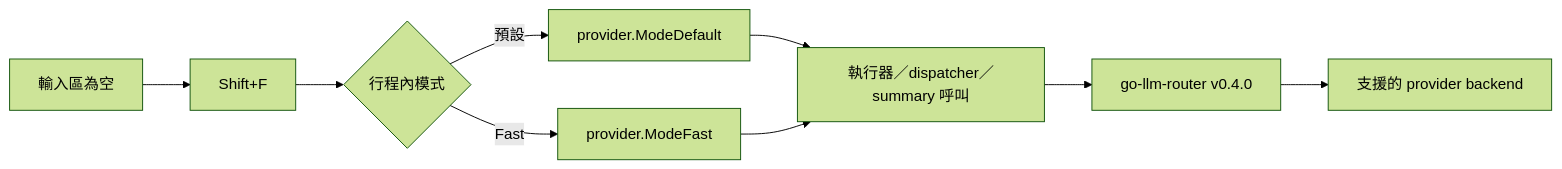
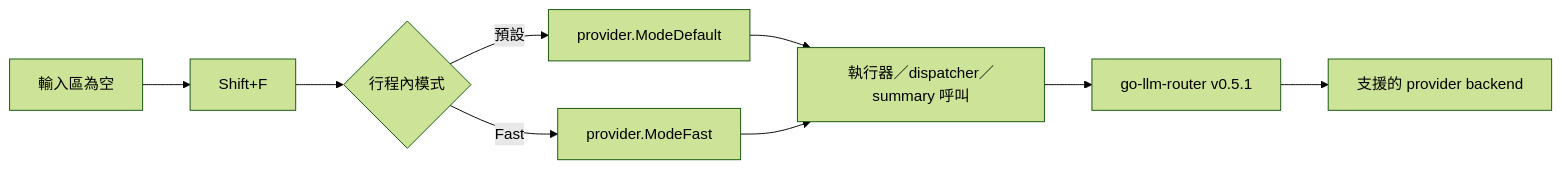
Before and after one commit to agenvoy/Agenvoy: the third of 12 diagrams in doc/architecture.zh.md, drawn with Mermaid (forest theme). The commit also changed other lines of this file and 5 other files, not shown here.

````diff
--- a/doc/architecture.zh.md
+++ b/doc/architecture.zh.md
@@ -53,11 +55,11 @@
 ```mermaid
 graph LR
     Input[輸入區為空] --> Toggle[Shift+F]
     Toggle --> State{行程內模式}
     State -->|預設| Default[provider.ModeDefault]
     State -->|Fast| Fast[provider.ModeFast]
     Default --> Calls[執行器／dispatcher／summary 呼叫]
     Fast --> Calls
-    Calls --> Router[go-llm-router v0.4.0]
+    Calls --> Router[go-llm-router v0.5.1]
     Router --> Providers[支援的 provider backend]
 ```
````
